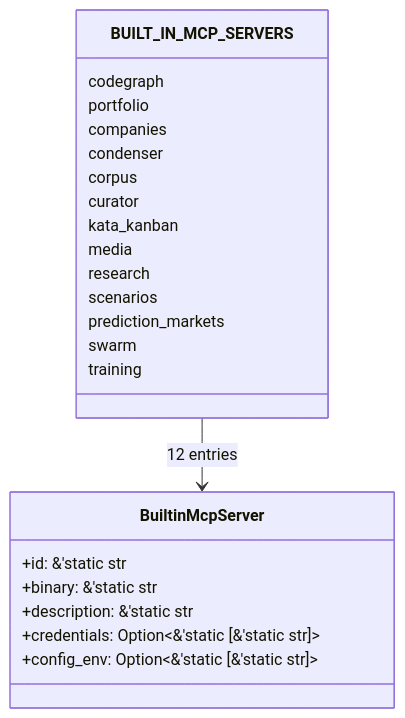
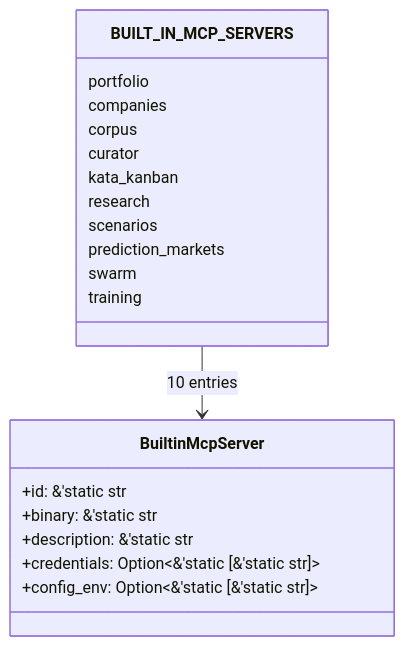
Before and after one commit to mdz-axo/zed-kask: the second of 3 diagrams in kask/docs/diataxis/kask_bridge/reference.md, drawn with Mermaid. The commit also changed other lines of this file and 42 other files, not shown here.

````diff
--- a/kask/docs/diataxis/kask_bridge/reference.md
+++ b/kask/docs/diataxis/kask_bridge/reference.md
@@ -234,26 +241,23 @@
 ```mermaid
 classDiagram
     class BuiltinMcpServer {
         +id: &'static str
         +binary: &'static str
         +description: &'static str
         +credentials: Option~&'static [&'static str]~
         +config_env: Option~&'static [&'static str]~
     }
     class BUILT_IN_MCP_SERVERS {
-        codegraph
         portfolio
         companies
-        condenser
         corpus
         curator
         kata_kanban
-        media
         research
         scenarios
         prediction_markets
         swarm
         training
     }
-    BUILT_IN_MCP_SERVERS --> BuiltinMcpServer : 12 entries
+    BUILT_IN_MCP_SERVERS --> BuiltinMcpServer : 10 entries
 ```
````
